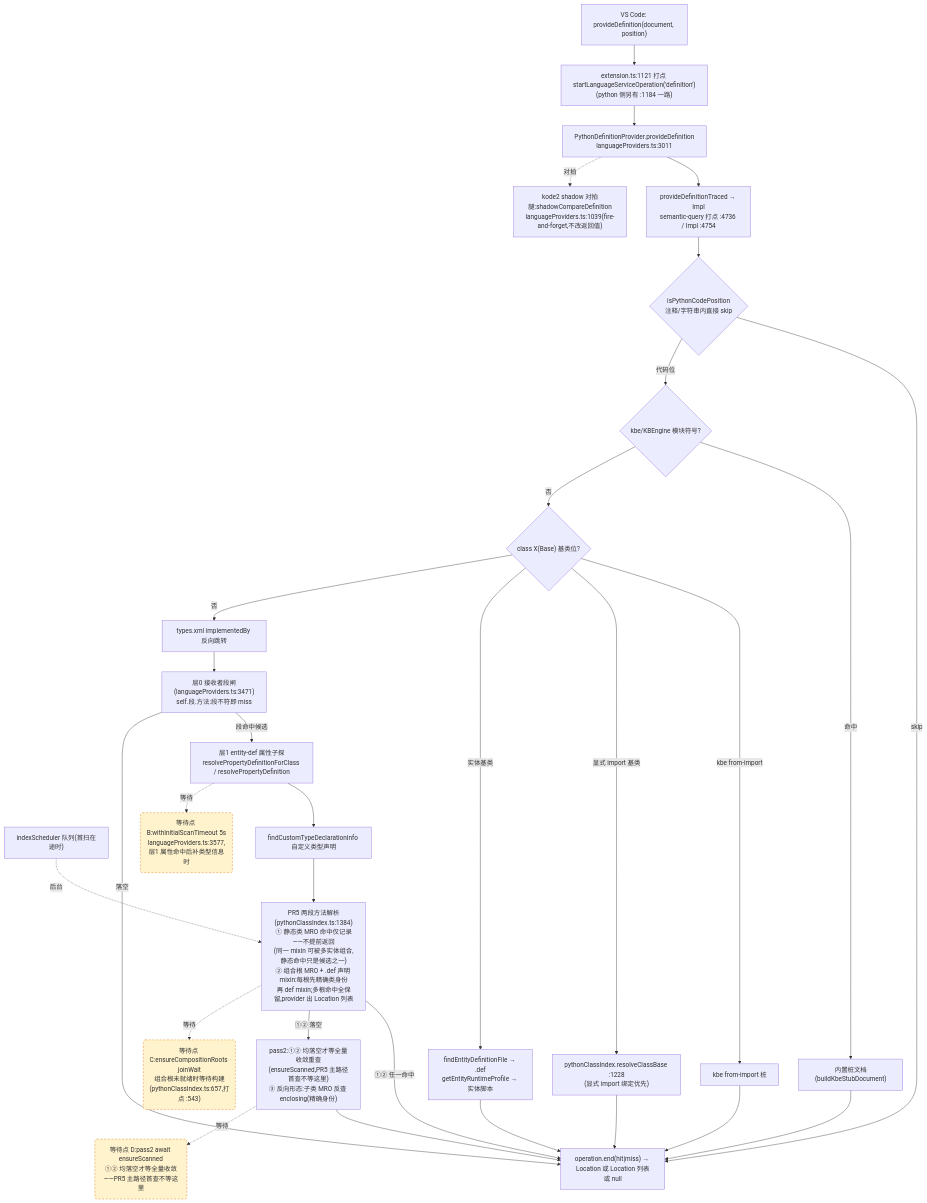
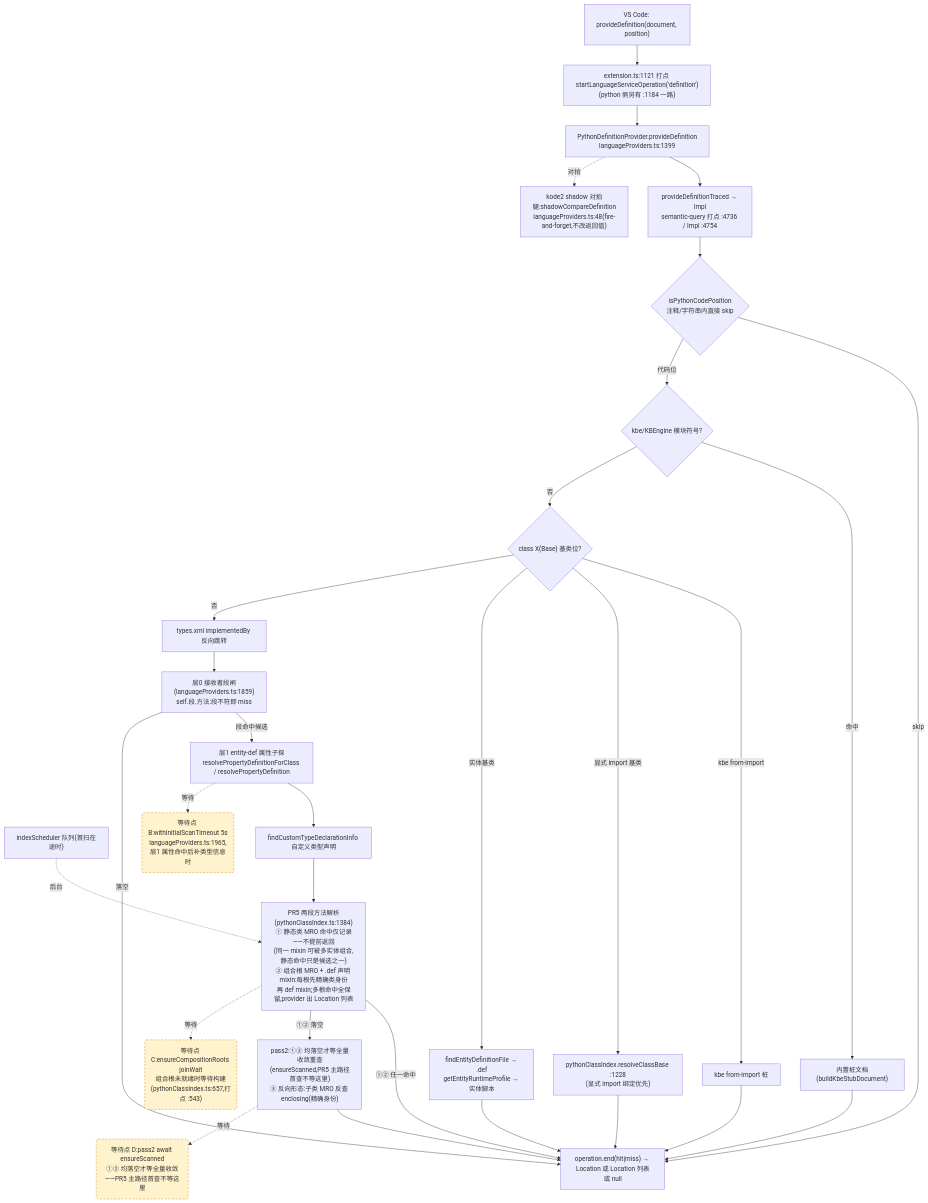
The second of 4 diagrams in docs/perf/2026-baseline.md (cuihairu/kode), drawn with Mermaid before and after one commit. The commit also changed other lines of this file and 6 other files, not shown here.

First line of the commit message:
refactor(arch): KODE-ARCH-001 step 4 — extract languageProviders/hover (pure move)

````diff
--- a/docs/perf/2026-baseline.md
+++ b/docs/perf/2026-baseline.md
@@ -130,51 +130,51 @@
 ```mermaid
 flowchart TD
   VC2["VS Code: provideDefinition(document, position)"]
   M2["extension.ts:1121 打点 startLanguageServiceOperation('definition')<br/>(python 侧另有 :1184 一路)"]
-  AD2["PythonDefinitionProvider.provideDefinition<br/>languageProviders.ts:3011"]
+  AD2["PythonDefinitionProvider.provideDefinition<br/>languageProviders.ts:1399"]
   TR["provideDefinitionTraced → Impl<br/>semantic-query 打点 :4736 / Impl :4754"]
   CTX{"isPythonCodePosition<br/>注释/字符串内直接 skip"}
   KBE{"kbe/KBEngine 模块符号?"}
   STUB["内置桩文档(buildKbeStubDocument)"]
   CB{"class X(Base) 基类位?"}
   CB1["kbe from-import 桩"]
   CB2["pythonClassIndex.resolveClassBase :1228<br/>(显式 import 绑定优先)"]
   CB3["findEntityDefinitionFile → .def<br/>getEntityRuntimeProfile → 实体脚本"]
   REV["types.xml implementedBy 反向跳转"]
-  L0["层0 接收者段闸(languageProviders.ts:3471)<br/>self.段.方法:段不符即 miss"]
+  L0["层0 接收者段闸(languageProviders.ts:1859)<br/>self.段.方法:段不符即 miss"]
   L1["层1 entity-def 属性子探<br/>resolvePropertyDefinitionForClass / resolvePropertyDefinition"]
   SCAN["indexScheduler 队列(首扫在途时)"]
   TY["findCustomTypeDeclarationInfo 自定义类型声明"]
   MRO["PR5 两段方法解析(pythonClassIndex.ts:1384)<br/>① 静态类 MRO 命中仅记录——不提前返回<br/>(同一 mixin 可被多实体组合,静态命中只是候选之一)<br/>② 组合根 MRO + .def 声明 mixin:每根先精确类身份<br/>再 def mixin;多根命中全保留,provider 出 Location 列表"]
   PASS2["pass2:①② 均落空才等全量收敛重查<br/>(ensureScanned,PR5 主路径首查不等这里)<br/>③ 反向形态:子类 MRO 反查 enclosing(精确身份)"]
-  SHD["kode2 shadow 对拍腿:shadowCompareDefinition<br/>languageProviders.ts:1039(fire-and-forget,不改返回值)"]
+  SHD["kode2 shadow 对拍腿:shadowCompareDefinition<br/>languageProviders.ts:48(fire-and-forget,不改返回值)"]
   END2["operation.end(hit|miss) → Location 或 Location 列表或 null"]
 
   VC2 --> M2 --> AD2 --> TR --> CTX
   CTX -- "skip" --> END2
   CTX -- "代码位" --> KBE
   KBE -- "命中" --> STUB --> END2
   KBE -- "否" --> CB
   CB -- "kbe from-import" --> CB1 --> END2
   CB -- "显式 import 基类" --> CB2 --> END2
   CB -- "实体基类" --> CB3 --> END2
   CB -- "否" --> REV --> L0
   L0 -- "段命中候选" --> L1
   L0 -- "落空" --> END2
   L1 --> TY
   TY --> MRO
   MRO -- "①② 任一命中" --> END2
   MRO -- "①② 落空" --> PASS2 --> END2
   AD2 -.->|对拍| SHD
 
-  WAITB("等待点 B:withInitialScanTimeout 5s<br/>languageProviders.ts:3577,层1 属性命中后补类型信息时")
+  WAITB("等待点 B:withInitialScanTimeout 5s<br/>languageProviders.ts:1965,层1 属性命中后补类型信息时")
   WAITC("等待点 C:ensureCompositionRoots joinWait<br/>组合根未就绪时等待构建(pythonClassIndex.ts:657,打点 :543)")
   WAITD("等待点 D:pass2 await ensureScanned<br/>①② 均落空才等全量收敛——PR5 主路径首查不等这里")
   L1 -.->|等待| WAITB
   MRO -.->|等待| WAITC
   PASS2 -.->|等待| WAITD
   SCAN -.->|后台| MRO
 
   classDef waitPoint fill:#fff3cd,stroke:#d97706,stroke-dasharray:5 4;
   class WAITB,WAITC,WAITD waitPoint;
 ```
````
